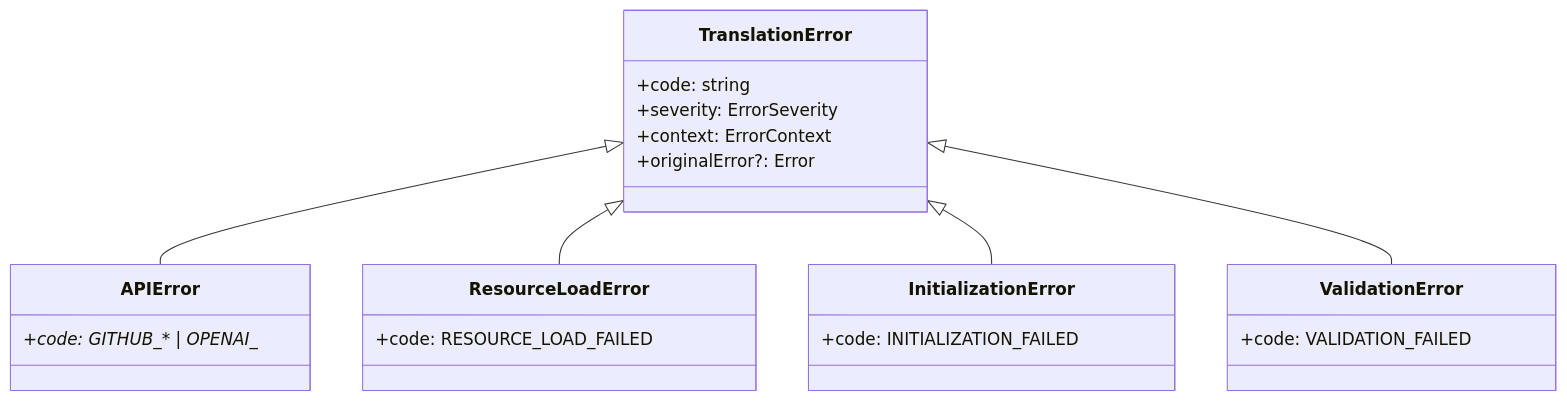
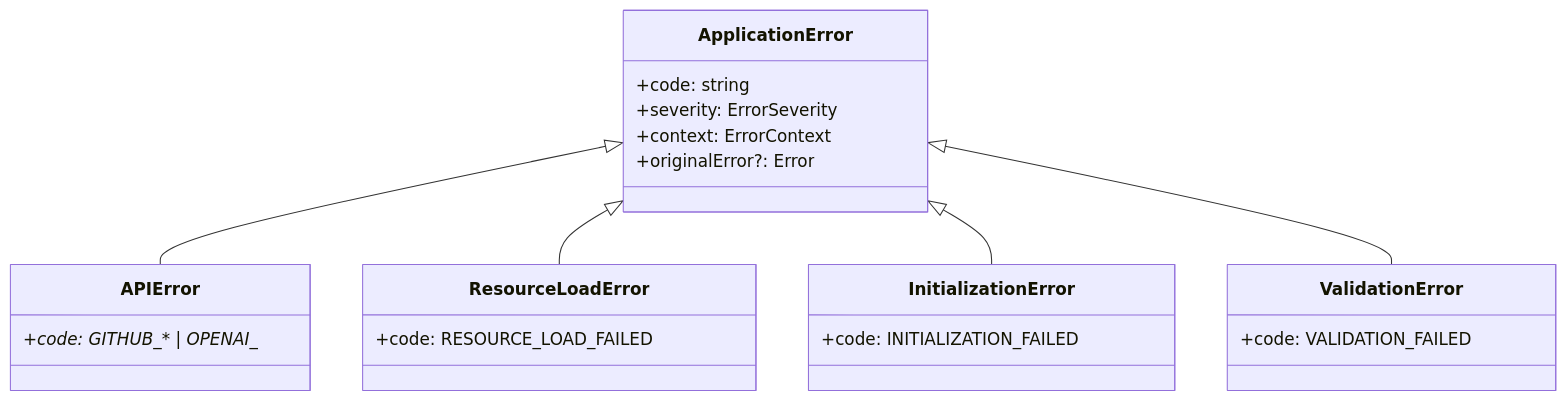
Before and after one commit to NivaldoFarias/translate-react: the sixth of 9 diagrams in docs/ARCHITECTURE.md, drawn with Mermaid. The commit also changed other lines of this file and 16 other files, not shown here.

````diff
--- a/docs/ARCHITECTURE.md
+++ b/docs/ARCHITECTURE.md
@@ -466,30 +466,30 @@
 ```mermaid
 classDiagram
-    class TranslationError {
+    class ApplicationError {
         +code: string
         +severity: ErrorSeverity
         +context: ErrorContext
         +originalError?: Error
     }
 
     class APIError {
         +code: GITHUB_* | OPENAI_*
     }
 
     class ResourceLoadError {
         +code: RESOURCE_LOAD_FAILED
     }
 
     class InitializationError {
         +code: INITIALIZATION_FAILED
     }
 
     class ValidationError {
         +code: VALIDATION_FAILED
     }
 
-    TranslationError <|-- APIError
-    TranslationError <|-- ResourceLoadError
-    TranslationError <|-- InitializationError
-    TranslationError <|-- ValidationError
+    ApplicationError <|-- APIError
+    ApplicationError <|-- ResourceLoadError
+    ApplicationError <|-- InitializationError
+    ApplicationError <|-- ValidationError
 ```
````
